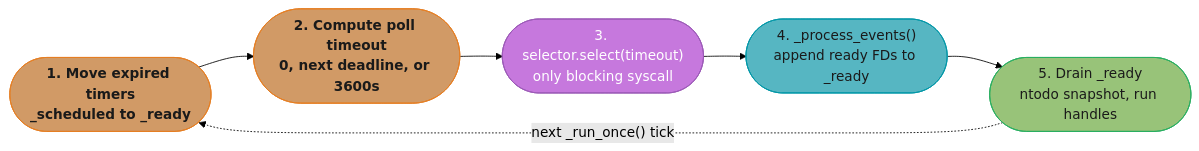
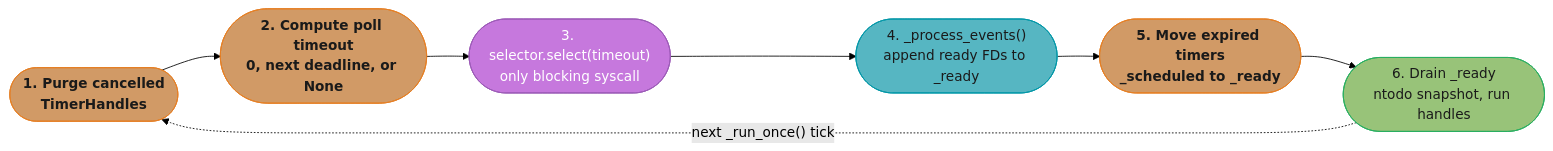
One commit to rppol/system-design changed the third of 9 diagrams in src/main/java/com/rutik/systemdesign/python/asyncio_and_event_loop/event_loop_internals.md. Above: the diagram before and after it, drawn with Mermaid (forest theme). The commit also changed other lines of this file and 6 other files, not shown here.

````diff
--- a/src/main/java/com/rutik/systemdesign/python/asyncio_and_event_loop/event_loop_internals.md
+++ b/src/main/java/com/rutik/systemdesign/python/asyncio_and_event_loop/event_loop_internals.md
@@ -164,22 +167,24 @@
 ```mermaid
 flowchart LR
     classDef io      fill:#61afef,stroke:#2e86c1,color:#1a1a1a,font-weight:bold
     classDef frozen  fill:#c678dd,stroke:#9b59b6,color:#fff
     classDef train   fill:#98c379,stroke:#27ae60,color:#1a1a1a
     classDef mathOp  fill:#d19a66,stroke:#e67e22,color:#1a1a1a,font-weight:bold
     classDef lossN   fill:#e06c75,stroke:#c0392b,color:#fff,font-weight:bold
     classDef req     fill:#56b6c2,stroke:#0097a7,color:#1a1a1a
     classDef base    fill:#e5c07b,stroke:#f39c12,color:#1a1a1a
 
-    S1(["1. Move expired timers<br/>_scheduled to _ready"]) --> S2(["2. Compute poll timeout<br/>0, next deadline, or 3600s"])
+    S1(["1. Purge cancelled<br/>TimerHandles"]) --> S2(["2. Compute poll timeout<br/>0, next deadline, or None"])
     S2 --> S3(["3. selector.select(timeout)<br/>only blocking syscall"])
     S3 --> S4(["4. _process_events()<br/>append ready FDs to _ready"])
-    S4 --> S5(["5. Drain _ready<br/>ntodo snapshot, run handles"])
-    S5 -.->|"next _run_once() tick"| S1
+    S4 --> S5(["5. Move expired timers<br/>_scheduled to _ready"])
+    S5 --> S6(["6. Drain _ready<br/>ntodo snapshot, run handles"])
+    S6 -.->|"next _run_once() tick"| S1
 
     class S1 mathOp
     class S2 mathOp
     class S3 frozen
     class S4 req
-    class S5 train
+    class S5 mathOp
+    class S6 train
 ```
````
